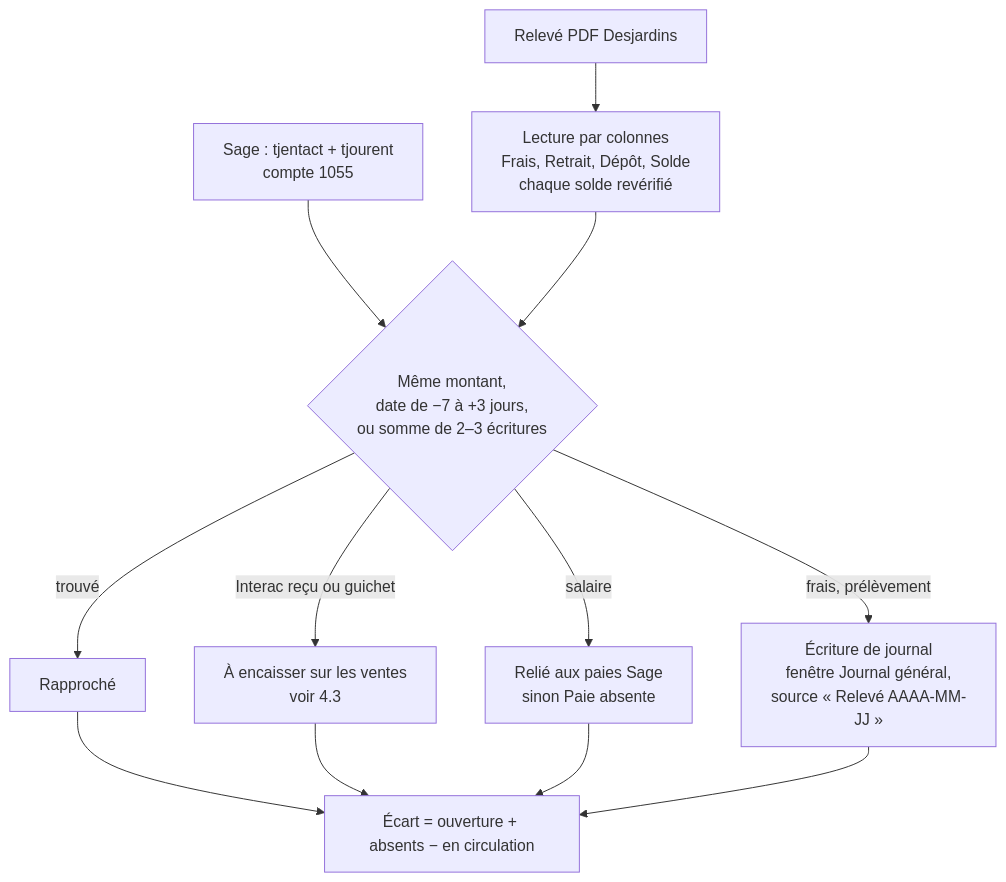
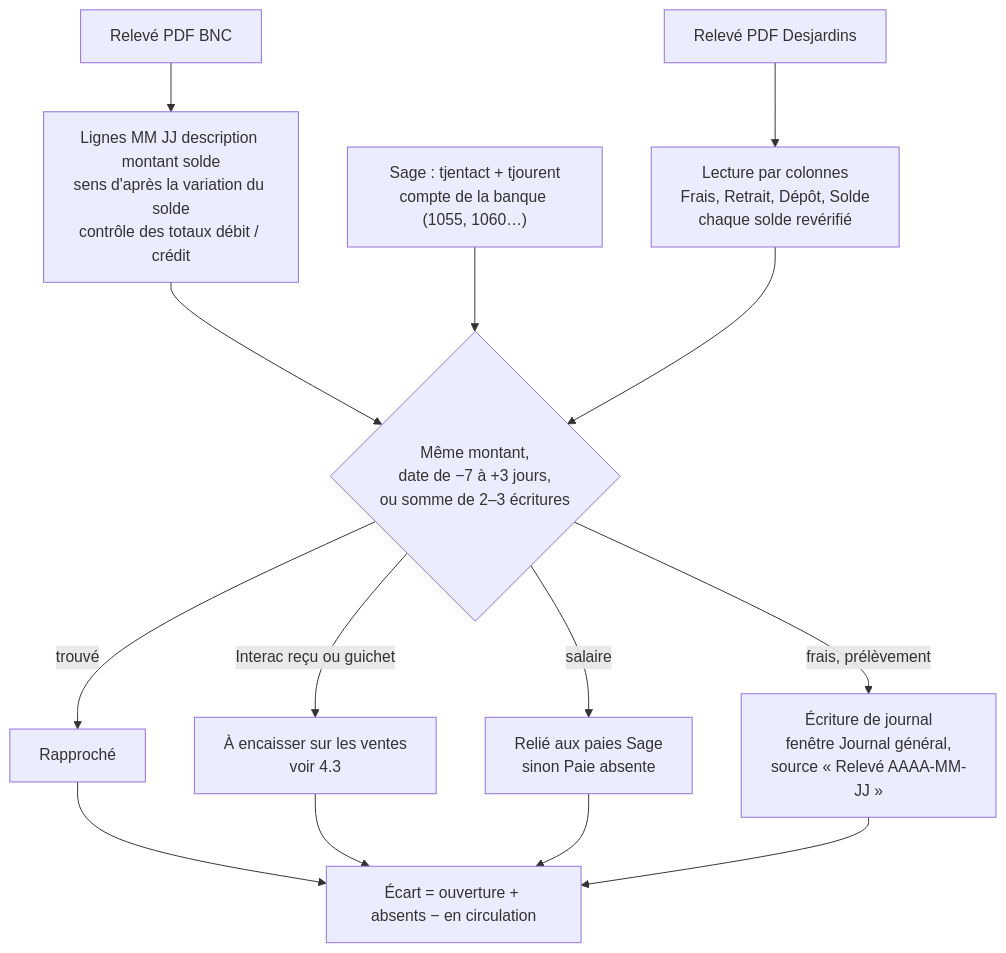
The tenth of 21 diagrams in ARCHITECTURE.md (mteingueng-dot/MVOGMBI_Sync_2026.1), drawn with Mermaid before and after one commit. The commit also changed other lines of this file and 34 other files, not shown here.

````diff
--- a/ARCHITECTURE.md
+++ b/ARCHITECTURE.md
@@ -352,11 +377,13 @@
 ```mermaid
 flowchart TD
     R1["Relevé PDF Desjardins"] --> R2["Lecture par colonnes<br/>Frais, Retrait, Dépôt, Solde<br/>chaque solde revérifié"]
-    S1["Sage : tjentact + tjourent<br/>compte 1055"] --> R3
+    R1b["Relevé PDF BNC"] --> R2b["Lignes MM JJ description montant solde<br/>sens d'après la variation du solde<br/>contrôle des totaux débit / crédit"]
+    R2b --> R3
+    S1["Sage : tjentact + tjourent<br/>compte de la banque (1055, 1060…)"] --> R3
     R2 --> R3{"Même montant,<br/>date de −7 à +3 jours,<br/>ou somme de 2–3 écritures"}
     R3 -- trouvé --> R4["Rapproché"]
     R3 -- "Interac reçu ou guichet" --> R5["À encaisser sur les ventes<br/>voir 4.3"]
     R3 -- "salaire" --> R6["Relié aux paies Sage<br/>sinon Paie absente"]
     R3 -- "frais, prélèvement" --> R7["Écriture de journal<br/>fenêtre Journal général,<br/>source « Relevé AAAA-MM-JJ »"]
     R4 & R5 & R6 & R7 --> R8["Écart = ouverture + absents − en circulation"]
 ```
````
